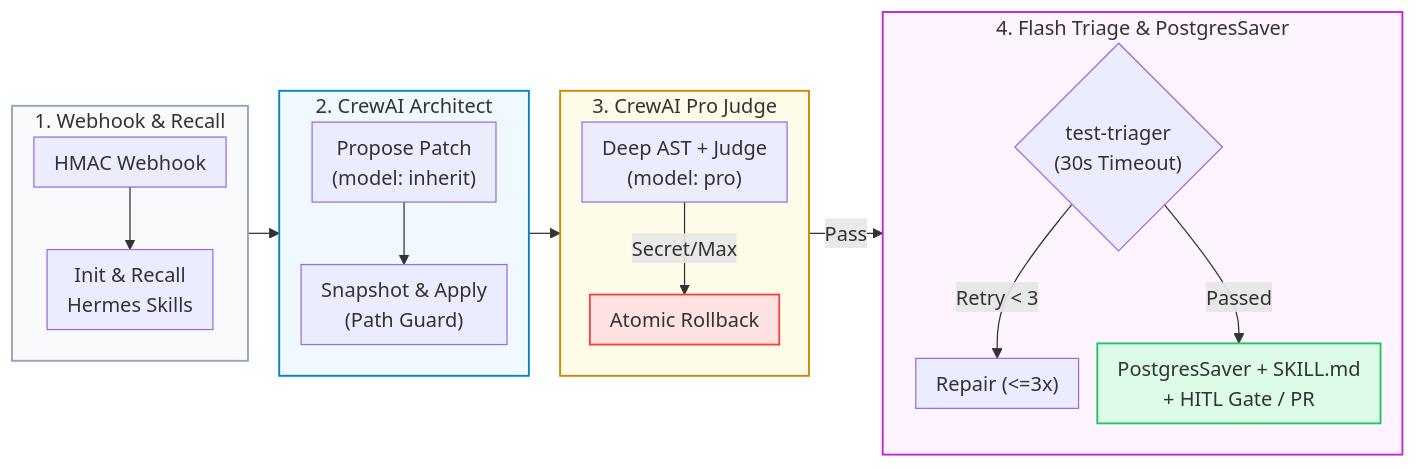
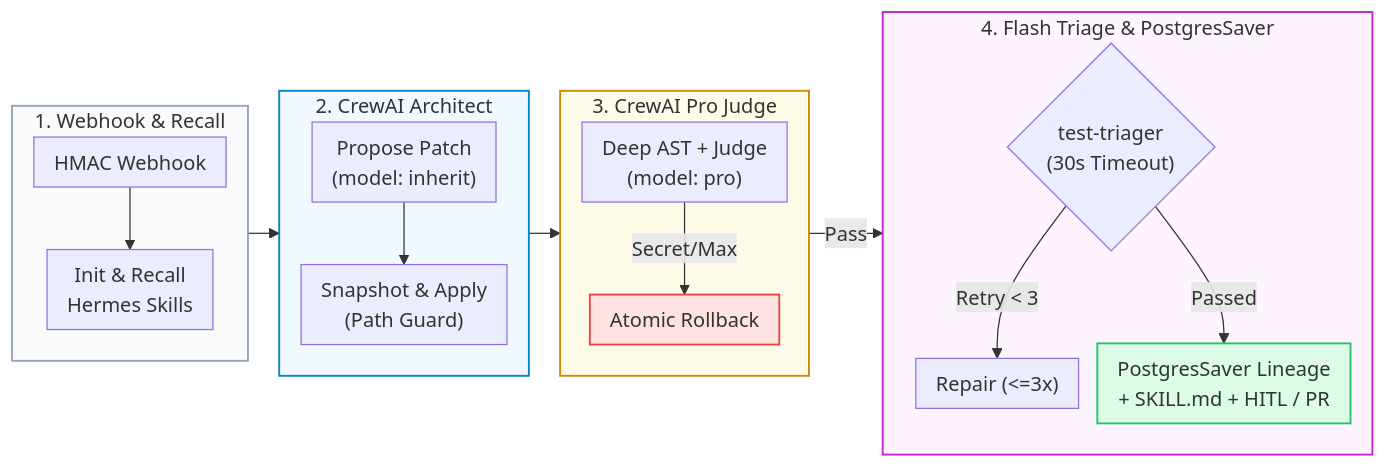
The sixth of 7 diagrams in README.md (Kenono2000/enterprise-rag-pgvector-rbac), drawn with Mermaid before and after one commit. The commit also changed other lines of this file and 7 other files, not shown here.

````diff
--- a/README.md
+++ b/README.md
@@ -153,28 +154,28 @@
 ```mermaid
 %%{init: {'flowchart': {'nodeSpacing': 15, 'rankSpacing': 25, 'padding': 8}}}%%
 flowchart LR
     subgraph Intake ["1. Webhook & Recall"]
         direction TB
         Hook["HMAC Webhook"] --> Init["Init & Recall<br/>Hermes Skills"]
     end
     subgraph Gen ["2. CrewAI Architect"]
         direction TB
         Propose["Propose Patch<br/>(model: inherit)"] --> Apply["Snapshot & Apply<br/>(Path Guard)"]
     end
     subgraph Audit ["3. CrewAI Pro Judge"]
         direction TB
         Inspect["Deep AST + Judge<br/>(model: pro)"] -->|Secret/Max| Reject["Atomic Rollback"]
     end
     subgraph Verify ["4. Flash Triage & PostgresSaver"]
         direction TB
         Test{"test-triager<br/>(30s Timeout)"} -->|Retry < 3| Repair["Repair (<=3x)"]
-        Test -->|Passed| Hermes["PostgresSaver + SKILL.md<br/>+ HITL Gate / PR"]
+        Test -->|Passed| Hermes["PostgresSaver Lineage<br/>+ SKILL.md + HITL / PR"]
     end
     Intake --> Gen --> Audit -->|Pass| Verify
     style Intake fill:#f8fafc,stroke:#94a3b8,stroke-width:1.5px
     style Gen fill:#f0f9ff,stroke:#0284c7,stroke-width:1.5px
     style Audit fill:#fefce8,stroke:#ca8a04,stroke-width:1.5px
     style Verify fill:#fdf4ff,stroke:#c026d3,stroke-width:1.5px
     style Reject fill:#fee2e2,stroke:#ef4444,stroke-width:1.5px
     style Hermes fill:#dcfce7,stroke:#22c55e,stroke-width:1.5px
 ```
````
